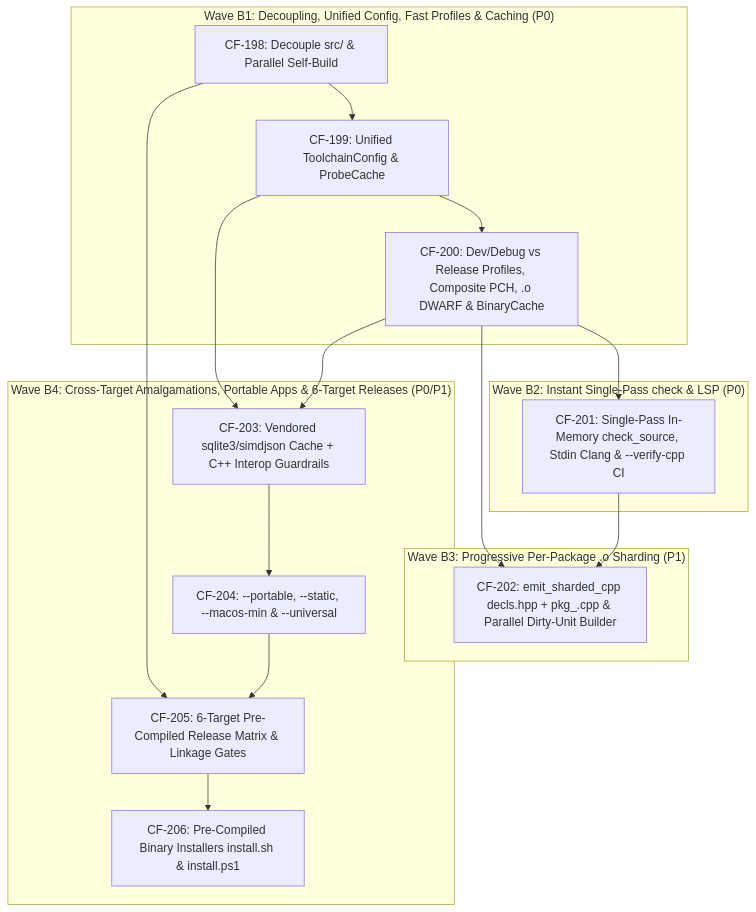
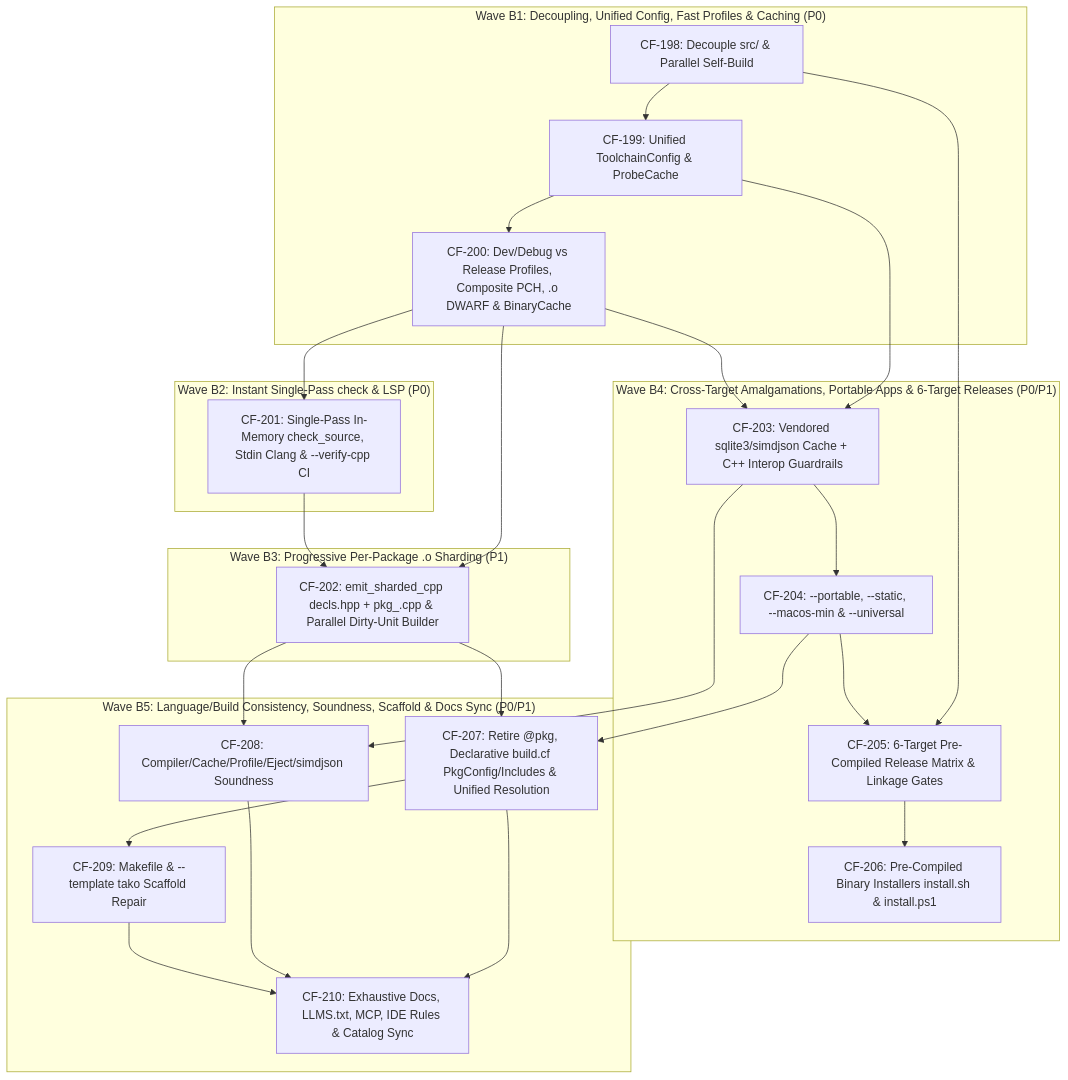
The diagram in docs/planning/backlog-build-distribution.md (gsandoval/cfire), drawn with Mermaid before and after one commit. The commit also changed other lines of this file and 71 other files, not shown here.

First line of the commit message:
feat!: retire @pkg on import, harden compiler and cache soundness, fix tako template, and sync docs

````diff
--- a/docs/planning/backlog-build-distribution.md
+++ b/docs/planning/backlog-build-distribution.md
@@ -63,31 +73,45 @@
 ```mermaid
 flowchart TD
     subgraph B1 ["Wave B1: Decoupling, Unified Config, Fast Profiles & Caching (P0)"]
         CF198["CF-198: Decouple src/ & Parallel Self-Build"]
         CF199["CF-199: Unified ToolchainConfig & ProbeCache"]
         CF200["CF-200: Dev/Debug vs Release Profiles, Composite PCH, .o DWARF & BinaryCache"]
     end
     subgraph B2 ["Wave B2: Instant Single-Pass check & LSP (P0)"]
         CF201["CF-201: Single-Pass In-Memory check_source, Stdin Clang & --verify-cpp CI"]
     end
     subgraph B3 ["Wave B3: Progressive Per-Package .o Sharding (P1)"]
         CF202["CF-202: emit_sharded_cpp decls.hpp + pkg_.cpp & Parallel Dirty-Unit Builder"]
     end
     subgraph B4 ["Wave B4: Cross-Target Amalgamations, Portable Apps & 6-Target Releases (P0/P1)"]
         CF203["CF-203: Vendored sqlite3/simdjson Cache + C++ Interop Guardrails"]
         CF204["CF-204: --portable, --static, --macos-min & --universal"]
         CF205["CF-205: 6-Target Pre-Compiled Release Matrix & Linkage Gates"]
         CF206["CF-206: Pre-Compiled Binary Installers install.sh & install.ps1"]
     end
+    subgraph B5 ["Wave B5: Language/Build Consistency, Soundness, Scaffold & Docs Sync (P0/P1)"]
+        CF207["CF-207: Retire @pkg, Declarative build.cf PkgConfig/Includes & Unified Resolution"]
+        CF208["CF-208: Compiler/Cache/Profile/Eject/simdjson Soundness"]
+        CF209["CF-209: Makefile & --template tako Scaffold Repair"]
+        CF210["CF-210: Exhaustive Docs, LLMS.txt, MCP, IDE Rules & Catalog Sync"]
+    end
     CF198 --> CF199
     CF199 --> CF200
     CF200 --> CF201
     CF200 --> CF202
     CF201 --> CF202
     CF199 --> CF203
     CF200 --> CF203
     CF203 --> CF204
     CF198 --> CF205
     CF204 --> CF205
     CF205 --> CF206
+    CF202 --> CF207
+    CF204 --> CF207
+    CF203 --> CF208
+    CF202 --> CF208
+    CF207 --> CF209
+    CF207 --> CF210
+    CF208 --> CF210
+    CF209 --> CF210
 ```
````
